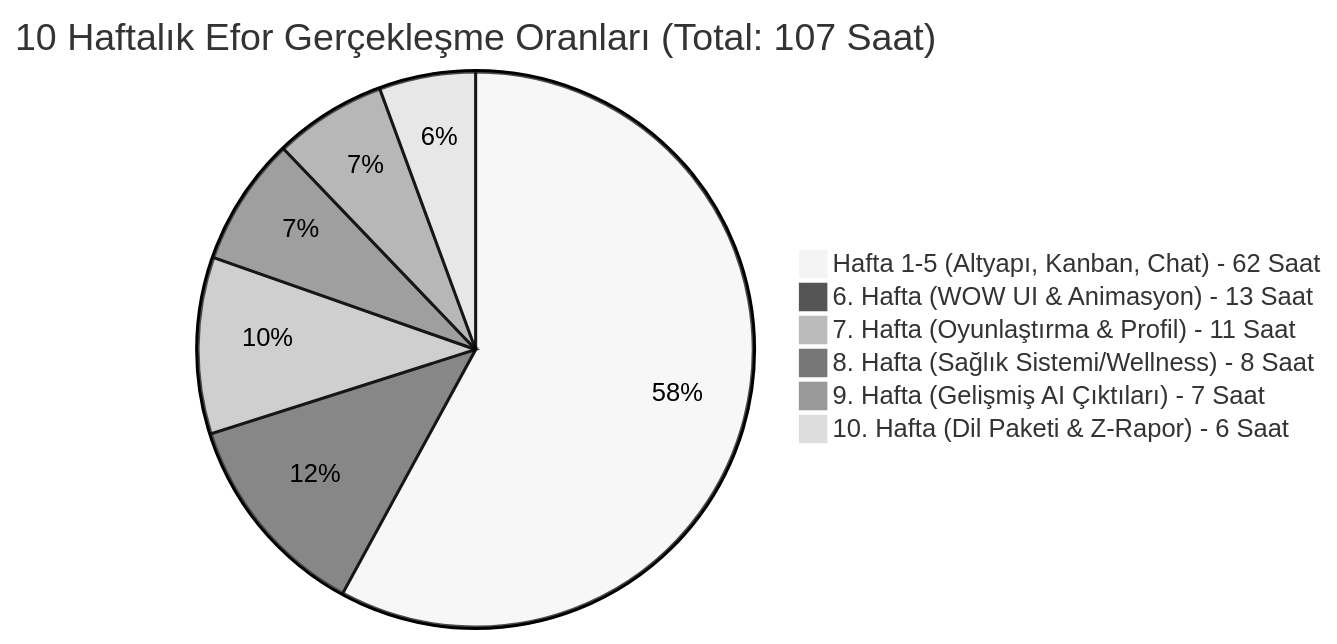
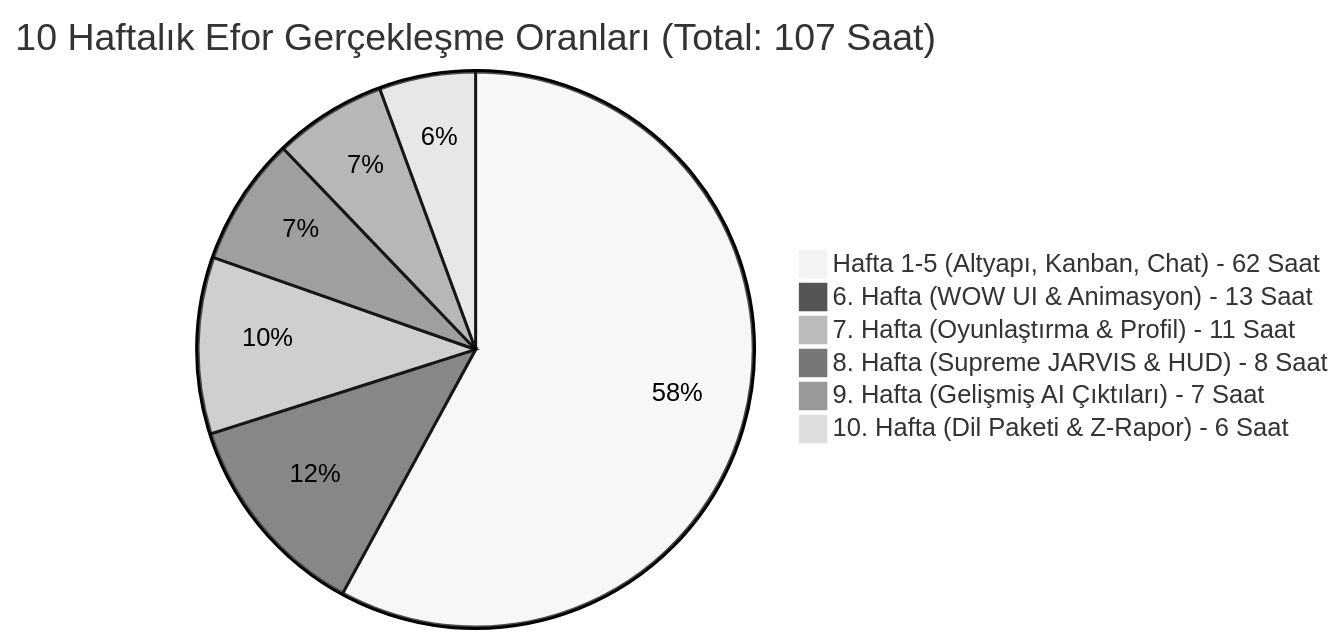
Before and after one commit to enesaltndll/Vize-Sonrasi-Goldbranch-AI: the diagram in README.md, drawn with Mermaid (neutral theme). The commit also changed other lines of this file and 41 other files, not shown here.

````diff
--- a/README.md
+++ b/README.md
@@ -93,9 +93,9 @@
 ```mermaid
 pie title 10 Haftalık Efor Gerçekleşme Oranları (Total: 107 Saat)
     "Hafta 1-5 (Altyapı, Kanban, Chat) - 62 Saat" : 62
     "6. Hafta (WOW UI & Animasyon) - 13 Saat" : 13
     "7. Hafta (Oyunlaştırma & Profil) - 11 Saat" : 11
-    "8. Hafta (Sağlık Sistemi/Wellness) - 8 Saat" : 8
+    "8. Hafta (Supreme JARVIS & HUD) - 8 Saat" : 8
     "9. Hafta (Gelişmiş AI Çıktıları) - 7 Saat" : 7
     "10. Hafta (Dil Paketi & Z-Rapor) - 6 Saat" : 6
 ```
````
